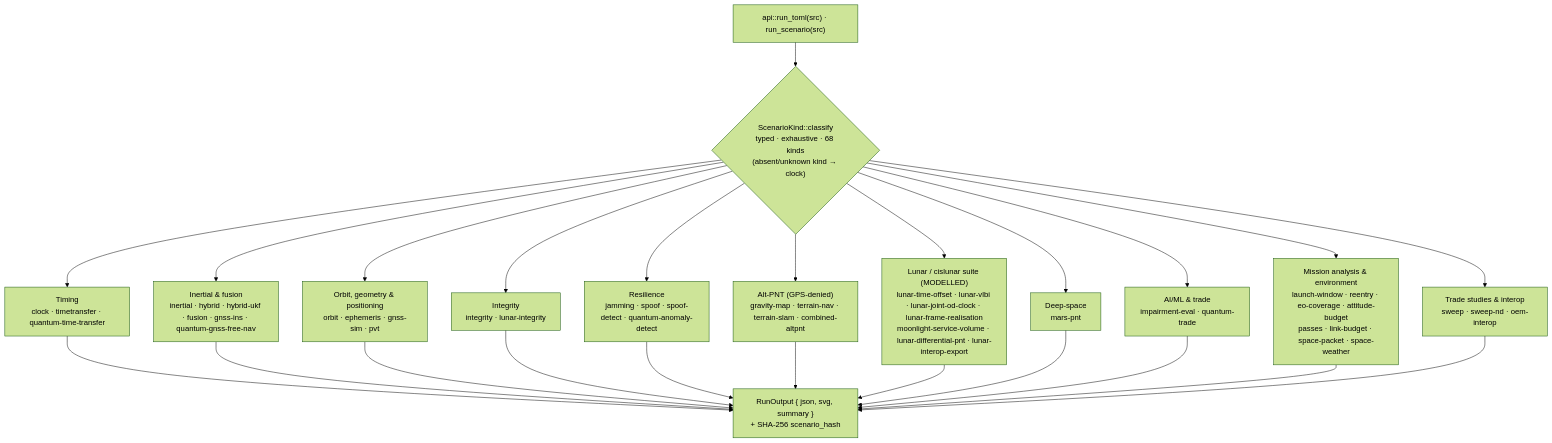
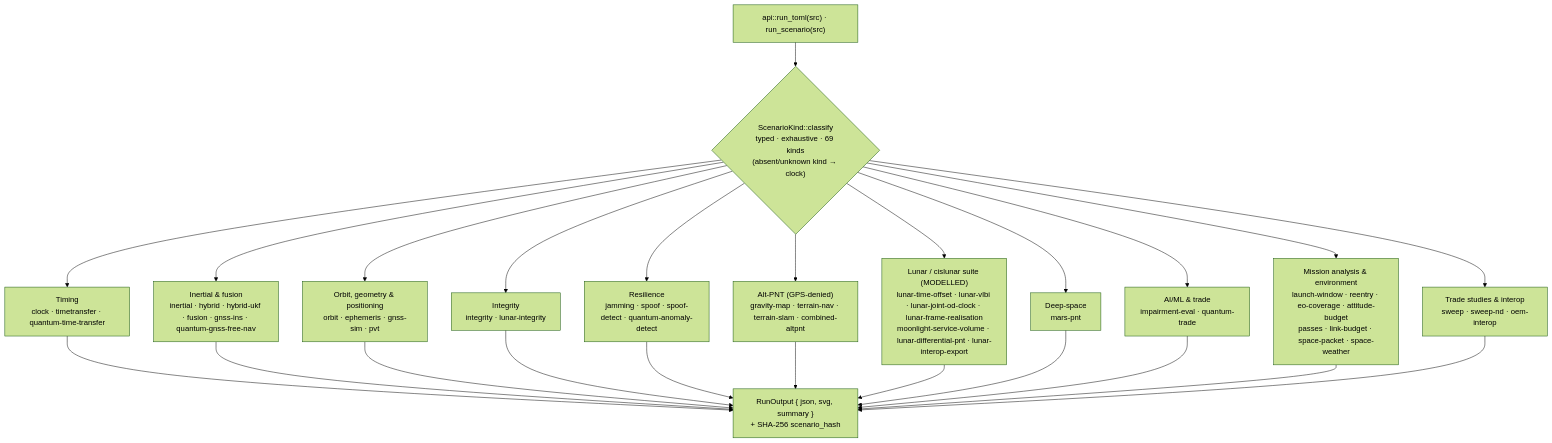
One commit to ashfordeOU/kshana changed the seventh of 11 diagrams in docs/ARCHITECTURE.md. Above: the diagram before and after it, drawn with Mermaid (forest theme). The commit also changed other lines of this file and 27 other files, not shown here.

First line of the commit message:
docs: move every count surface to 69 kinds, 99 scenario files and 198 matrix rows; add leo-navmsg to the README kind list

````diff
--- a/docs/ARCHITECTURE.md
+++ b/docs/ARCHITECTURE.md
@@ -406,16 +406,16 @@
 ```mermaid
 flowchart TD
-    F["api::run_toml(src) · run_scenario(src)"] --> K{"ScenarioKind::classify<br/>typed · exhaustive · 68 kinds<br/>(absent/unknown kind → clock)"}
+    F["api::run_toml(src) · run_scenario(src)"] --> K{"ScenarioKind::classify<br/>typed · exhaustive · 69 kinds<br/>(absent/unknown kind → clock)"}
     K --> G1["Timing<br/>clock · timetransfer · quantum-time-transfer"]
     K --> G2["Inertial & fusion<br/>inertial · hybrid · hybrid-ukf · fusion · gnss-ins · quantum-gnss-free-nav"]
     K --> G3["Orbit, geometry & positioning<br/>orbit · ephemeris · gnss-sim · pvt"]
     K --> G4["Integrity<br/>integrity · lunar-integrity"]
     K --> G5["Resilience<br/>jamming · spoof · spoof-detect · quantum-anomaly-detect"]
     K --> G6["Alt-PNT (GPS-denied)<br/>gravity-map · terrain-nav · terrain-slam · combined-altpnt"]
     K --> G7["Lunar / cislunar suite (MODELLED)<br/>lunar-time-offset · lunar-vlbi · lunar-joint-od-clock · lunar-frame-realisation<br/>moonlight-service-volume · lunar-differential-pnt · lunar-interop-export"]
     K --> G8["Deep-space<br/>mars-pnt"]
     K --> G9["AI/ML & trade<br/>impairment-eval · quantum-trade"]
     K --> G10["Mission analysis & environment<br/>launch-window · reentry · eo-coverage · attitude-budget<br/>passes · link-budget · space-packet · space-weather"]
     K --> G11["Trade studies & interop<br/>sweep · sweep-nd · oem-interop"]
     G1 & G2 & G3 & G4 & G5 & G6 & G7 & G8 & G9 & G10 & G11 --> W["RunOutput { json, svg, summary }<br/>+ SHA-256 scenario_hash"]
 ```
````
